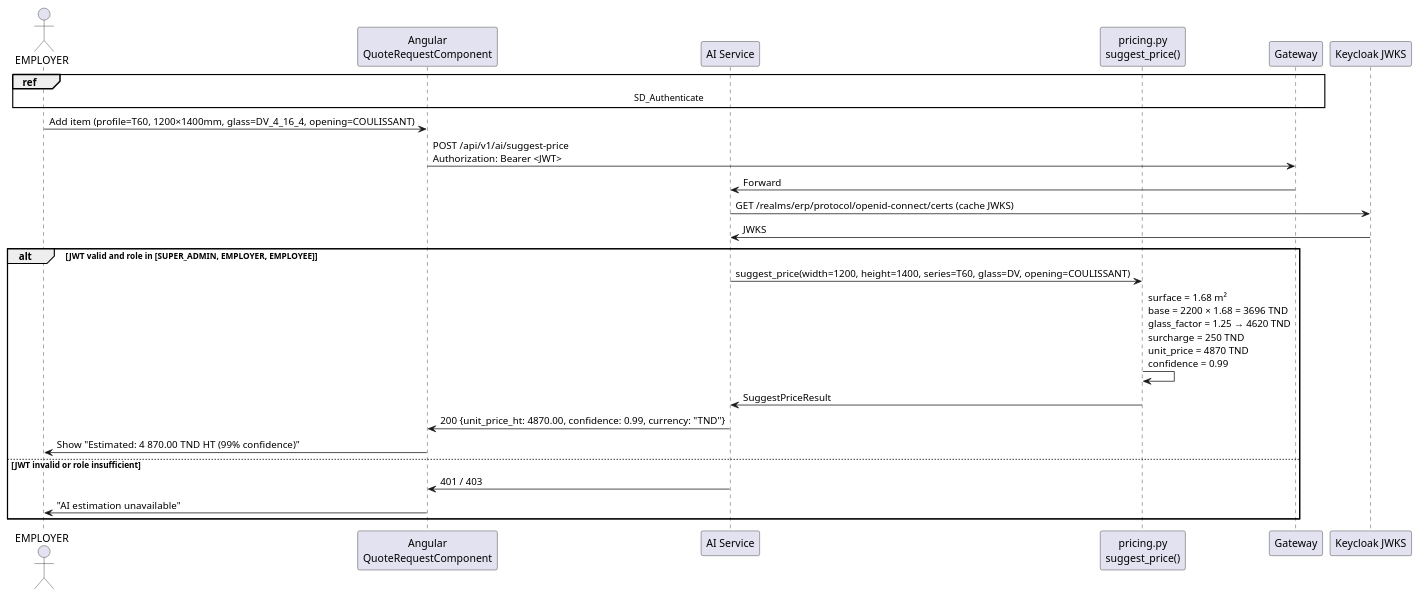
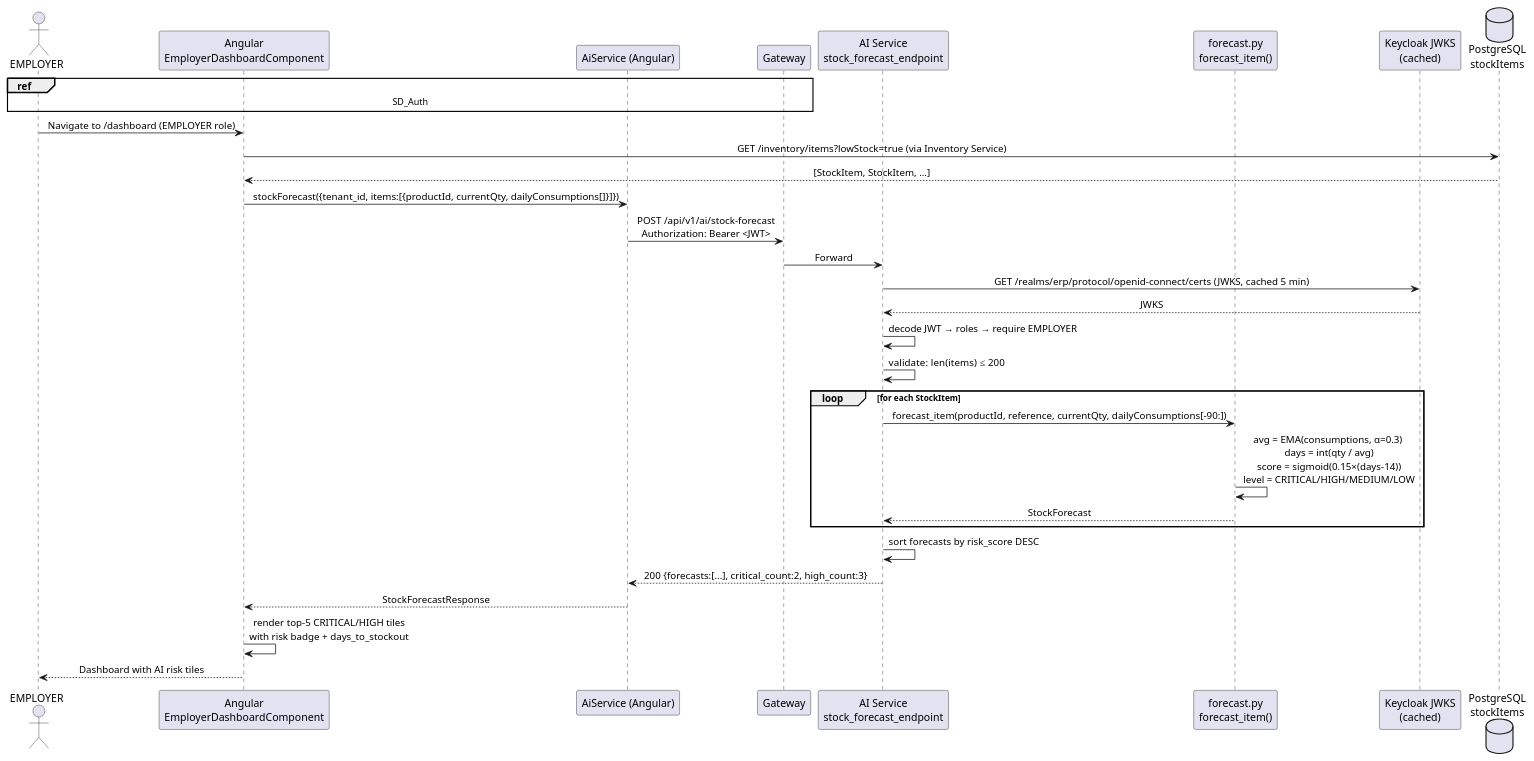
One commit to MohamedTrikii/PFA_CRM_ERP_Platform changed diagram 13 of 19 in docs/PFA_REPORT.md. Above: the diagram before and after it, drawn with PlantUML. The commit also changed other lines of this file and 150 other files, not shown here.

Commit message:
feat: public website, references admin, AI assistant & RAG improvements; fix CI, achat security config, Angular budgets; reorganize docs; bilingual README

````diff
--- a/docs/PFA_REPORT.md
+++ b/docs/PFA_REPORT.md
@@ -1410,29 +1561,42 @@
 ```plantuml
-@startuml SD_AIPrice
+@startuml SD_AIForecast
+skinparam sequenceMessageAlign center
+
 actor EMPLOYER
-participant "Angular\nQuoteRequestComponent" as UI
-participant "AI Service" as AI
-participant "pricing.py\nsuggest_price()" as PRICING
+participant "Angular\nEmployerDashboardComponent" as DASH
+participant "AiService (Angular)" as AISVC
 participant "Gateway" as GW
-participant "Keycloak JWKS" as KC
+participant "AI Service\nstock_forecast_endpoint" as AI
+participant "forecast.py\nforecast_item()" as FORE
+participant "Keycloak JWKS\n(cached)" as KC
+database "PostgreSQL\nstockItems" as DB
 
-ref over EMPLOYER, GW : SD_Authenticate
+ref over EMPLOYER, GW : SD_Auth
 
-EMPLOYER -> UI : Add item (profile=T60, 1200×1400mm, glass=DV_4_16_4, opening=COULISSANT)
-UI -> GW : POST /api/v1/ai/suggest-price\nAuthorization: Bearer <JWT>
+EMPLOYER -> DASH : Navigate to /dashboard (EMPLOYER role)
+DASH -> DB : GET /inventory/items?lowStock=true (via Inventory Service)
+DB --> DASH : [StockItem, StockItem, ...]
+DASH -> AISVC : stockForecast({tenant_id, items:[{productId, currentQty, dailyConsumptions[]}]})
+AISVC -> GW : POST /api/v1/ai/stock-forecast\nAuthorization: Bearer <JWT>
 GW -> AI : Forward
-AI -> KC : GET /realms/erp/protocol/openid-connect/certs (cache JWKS)
-KC -> AI : JWKS
 
-alt JWT valid and role in [SUPER_ADMIN, EMPLOYER, EMPLOYEE]
-  AI -> PRICING : suggest_price(width=1200, height=1400, series=T60, glass=DV, opening=COULISSANT)
-  PRICING -> PRICING : surface = 1.68 m²\nbase = 2200 × 1.68 = 3696 TND\nglass_factor = 1.25 → 4620 TND\nsurcharge = 250 TND\nunit_price = 4870 TND\nconfidence = 0.99
-  PRICING -> AI : SuggestPriceResult
-  AI -> UI : 200 {unit_price_ht: 4870.00, confidence: 0.99, currency: "TND"}
-  UI -> EMPLOYER : Show "Estimated: 4 870.00 TND HT (99% confidence)"
-else JWT invalid or role insufficient
-  AI -> UI : 401 / 403
-  UI -> EMPLOYER : "AI estimation unavailable"
+AI -> KC : GET /realms/erp/protocol/openid-connect/certs (JWKS, cached 5 min)
+KC --> AI : JWKS
+AI -> AI : decode JWT → roles → require EMPLOYER
+AI -> AI : validate: len(items) ≤ 200
+
+loop for each StockItem
+  AI -> FORE : forecast_item(productId, reference, currentQty, dailyConsumptions[-90:])
+  FORE -> FORE : avg = EMA(consumptions, α=0.3)\n days = int(qty / avg)\n score = sigmoid(0.15×(days-14))\n level = CRITICAL/HIGH/MEDIUM/LOW
+  FORE --> AI : StockForecast
 end
+
+AI -> AI : sort forecasts by risk_score DESC
+AI --> AISVC : 200 {forecasts:[...], critical_count:2, high_count:3}
+
+AISVC --> DASH : StockForecastResponse
+DASH -> DASH : render top-5 CRITICAL/HIGH tiles\nwith risk badge + days_to_stockout
+DASH --> EMPLOYER : Dashboard with AI risk tiles
+
 @enduml
 ```
````
